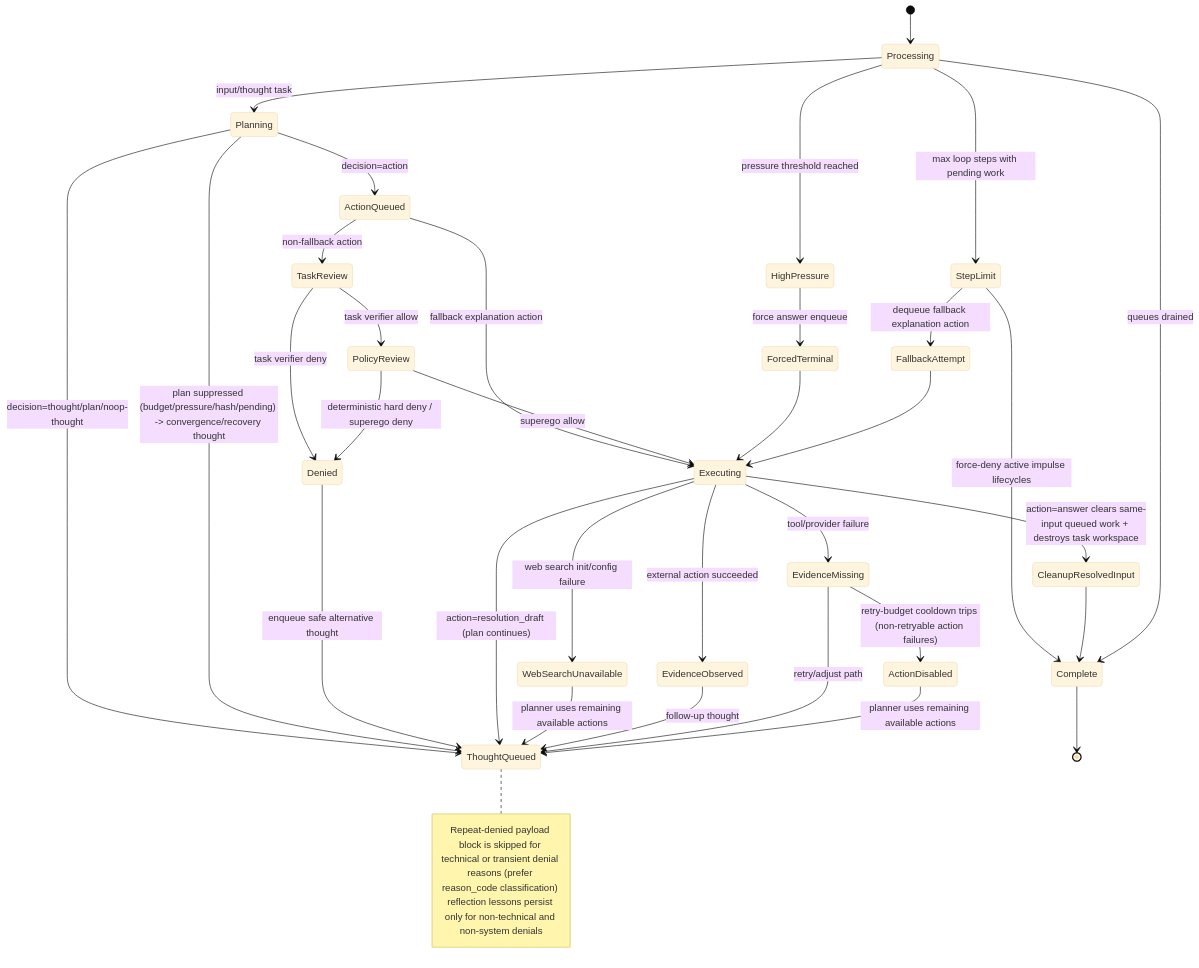
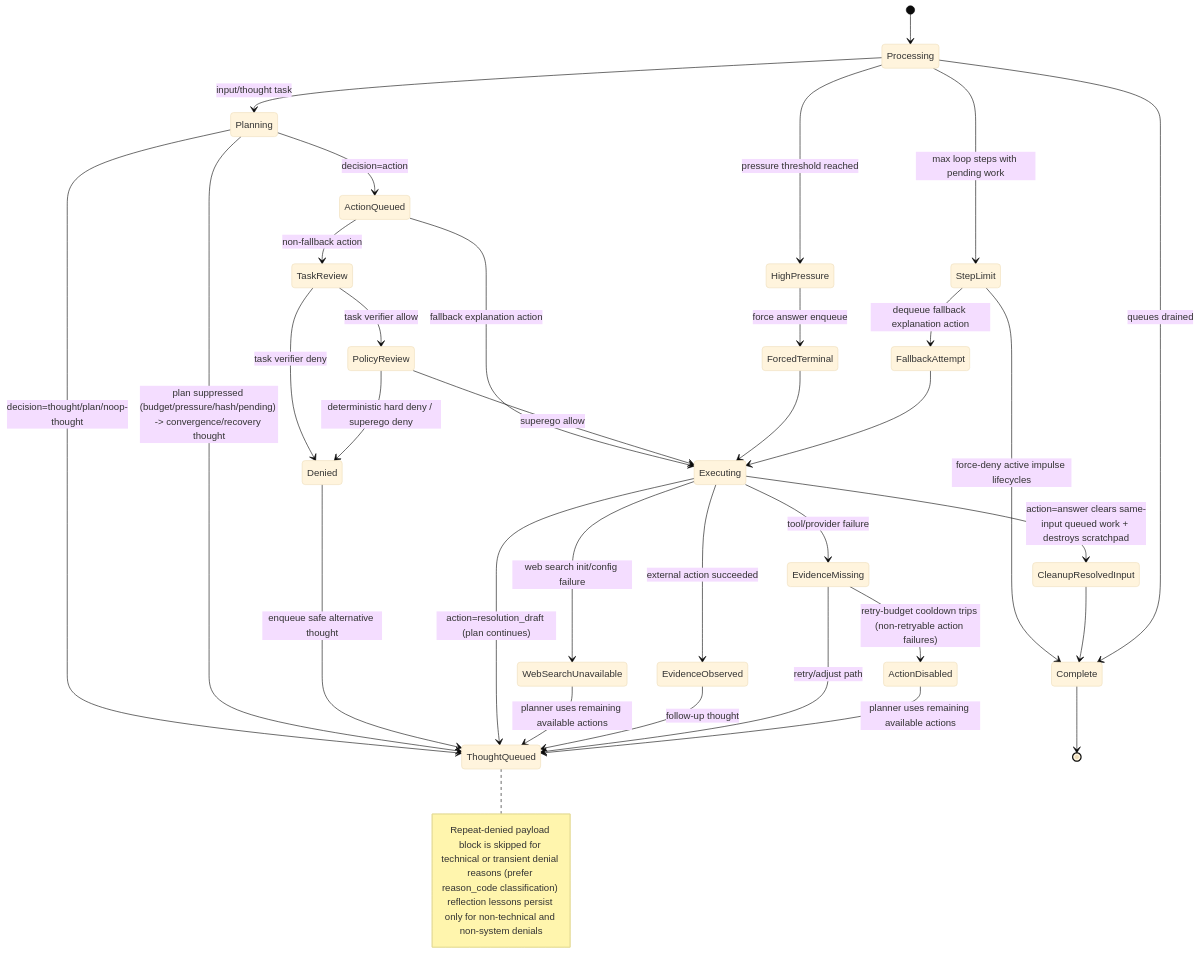
The sixth of 7 diagrams in AGENT_LOGIC_DIAGRAM.md (neopsyke/NeoPsyke), drawn with Mermaid (base theme) before and after one commit. The commit also changed other lines of this file and 19 other files, not shown here.

First line of the commit message:
refactor(runtime): align final architecture surface with goals and opportunities

````diff
--- a/AGENT_LOGIC_DIAGRAM.md
+++ b/AGENT_LOGIC_DIAGRAM.md
@@ -262,43 +262,43 @@
 ```mermaid
 stateDiagram-v2
     [*] --> Processing
 
     Processing --> Planning: input/thought task
     Planning --> ActionQueued: decision=action
     Planning --> ThoughtQueued: decision=thought/plan/noop-thought
     Planning --> ThoughtQueued: plan suppressed (budget/pressure/hash/pending) -> convergence/recovery thought
 
     ActionQueued --> TaskReview: non-fallback action
     ActionQueued --> Executing: fallback explanation action
     TaskReview --> Denied: task verifier deny
 
     TaskReview --> PolicyReview: task verifier allow
     PolicyReview --> Denied: deterministic hard deny / superego deny
     Denied --> ThoughtQueued: enqueue safe alternative thought
     Note right of ThoughtQueued: Repeat-denied payload block is skipped for technical or transient denial reasons (prefer reason_code classification) reflection lessons persist only for non-technical and non-system denials
 
     PolicyReview --> Executing: superego allow
     Executing --> ThoughtQueued: action=resolution_draft (plan continues)
     Executing --> EvidenceObserved: external action succeeded
     Executing --> EvidenceMissing: tool/provider failure
     Executing --> WebSearchUnavailable: web search init/config failure
     WebSearchUnavailable --> ThoughtQueued: planner uses remaining available actions
     EvidenceObserved --> ThoughtQueued: follow-up thought
     EvidenceMissing --> ThoughtQueued: retry/adjust path
     EvidenceMissing --> ActionDisabled: retry-budget cooldown trips (non-retryable action failures)
     ActionDisabled --> ThoughtQueued: planner uses remaining available actions
 
     Processing --> HighPressure: pressure threshold reached
     HighPressure --> ForcedTerminal: force answer enqueue
     ForcedTerminal --> Executing
 
     Processing --> StepLimit: max loop steps with pending work
     StepLimit --> FallbackAttempt: dequeue fallback explanation action
     StepLimit --> Complete: force-deny active impulse lifecycles
     FallbackAttempt --> Executing
 
-    Executing --> CleanupResolvedInput: action=answer clears same-input queued work + destroys task workspace
+    Executing --> CleanupResolvedInput: action=answer clears same-input queued work + destroys scratchpad
     CleanupResolvedInput --> Complete
     Processing --> Complete: queues drained
     Complete --> [*]
 ```
````
